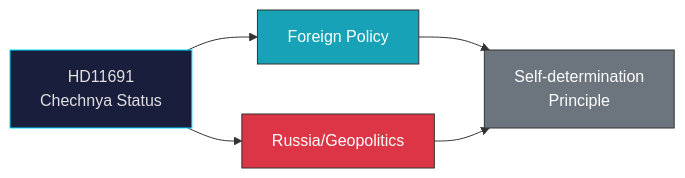
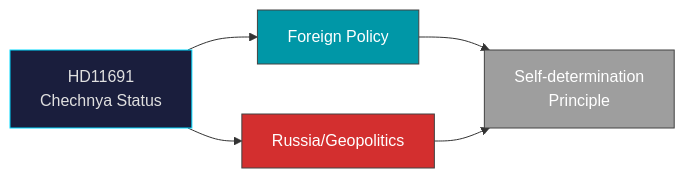
One commit to Hack23/riksdagsmonitor changed the diagram in analysis/daily/2026-04-08/realtime-1027/documents/hd11691-analysis.md. Above: the diagram before and after it, drawn with Mermaid. The commit also changed 785 other files, not shown here.

First line of the commit message:
Normalize mermaid colors across 786 analysis artifacts to ISMS Style Guide palette

````diff
--- a/analysis/daily/2026-04-08/realtime-1027/documents/hd11691-analysis.md
+++ b/analysis/daily/2026-04-08/realtime-1027/documents/hd11691-analysis.md
@@ -17,11 +17,11 @@
 ```mermaid
 graph LR
     A["HD11691<br/>Chechnya Status"] --> B["Foreign Policy"]
     A --> C["Russia/Geopolitics"]
     B --> D["Self-determination<br/>Principle"]
     C --> D
     style A fill:#1a1e3d,stroke:#00d9ff,color:#e0e0e0
-    style B fill:#17a2b8,stroke:#333,color:#fff
-    style C fill:#dc3545,stroke:#333,color:#fff
-    style D fill:#6c757d,stroke:#333,color:#fff
+    style B fill:#0097A7,stroke:#424242,color:#FFFFFF
+    style C fill:#D32F2F,stroke:#424242,color:#FFFFFF
+    style D fill:#9E9E9E,stroke:#424242,color:#FFFFFF
 ```
````
